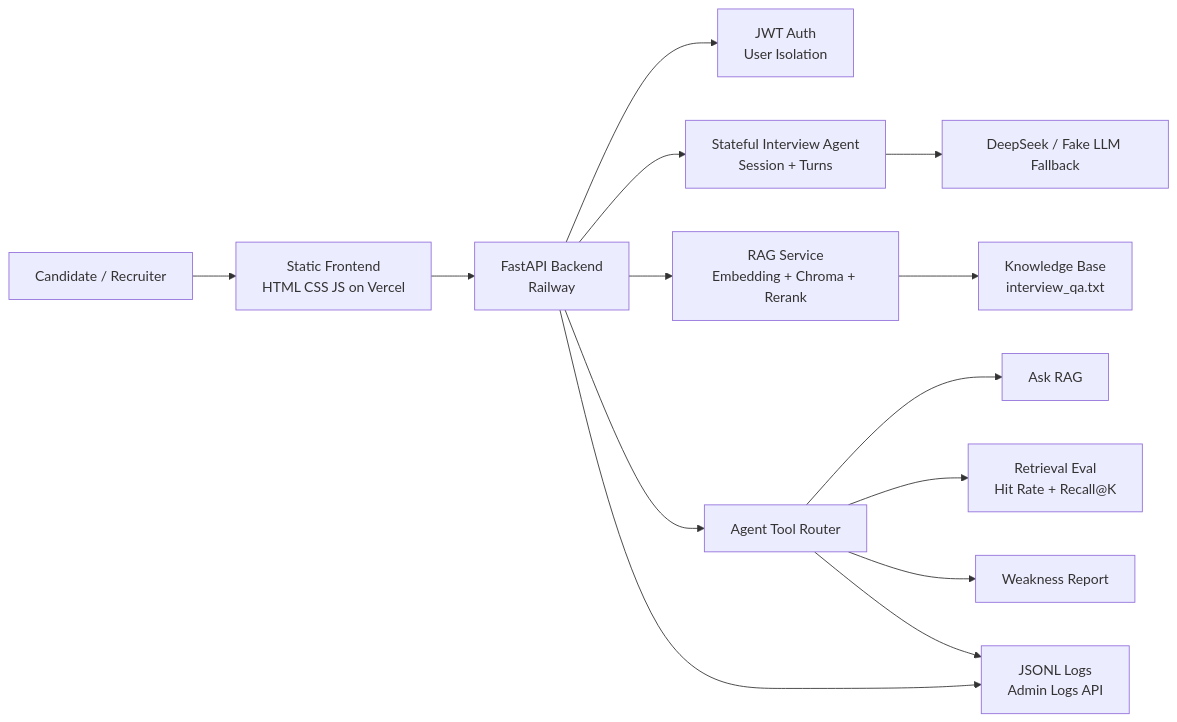
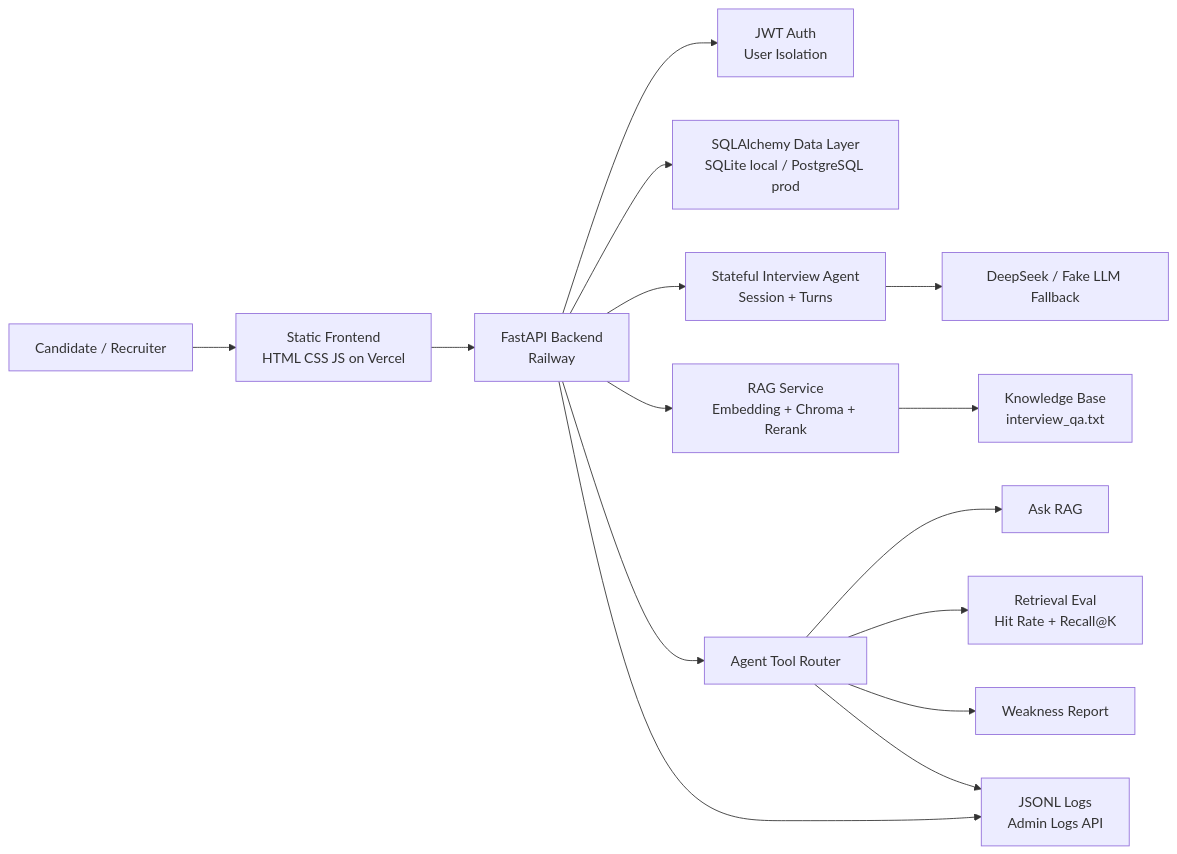
Before and after one commit to wenjieding327/ai-interview-platform: the first of 2 diagrams in docs/ARCHITECTURE.md, drawn with Mermaid. The commit also changed other lines of this file and 21 other files, not shown here.

````diff
--- a/docs/ARCHITECTURE.md
+++ b/docs/ARCHITECTURE.md
@@ -5,16 +5,17 @@
 ```mermaid
 flowchart LR
     User["Candidate / Recruiter"] --> Frontend["Static Frontend<br/>HTML CSS JS on Vercel"]
     Frontend --> API["FastAPI Backend<br/>Railway"]
     API --> Auth["JWT Auth<br/>User Isolation"]
+    API --> Data["SQLAlchemy Data Layer<br/>SQLite local / PostgreSQL prod"]
     API --> Interview["Stateful Interview Agent<br/>Session + Turns"]
     API --> RAG["RAG Service<br/>Embedding + Chroma + Rerank"]
     API --> Router["Agent Tool Router"]
     API --> Logs["JSONL Logs<br/>Admin Logs API"]
     Interview --> LLM["DeepSeek / Fake LLM Fallback"]
     RAG --> Knowledge["Knowledge Base<br/>interview_qa.txt"]
     Router --> Ask["Ask RAG"]
     Router --> Eval["Retrieval Eval<br/>Hit Rate + Recall@K"]
     Router --> Report["Weakness Report"]
     Router --> Logs
 ```
````
